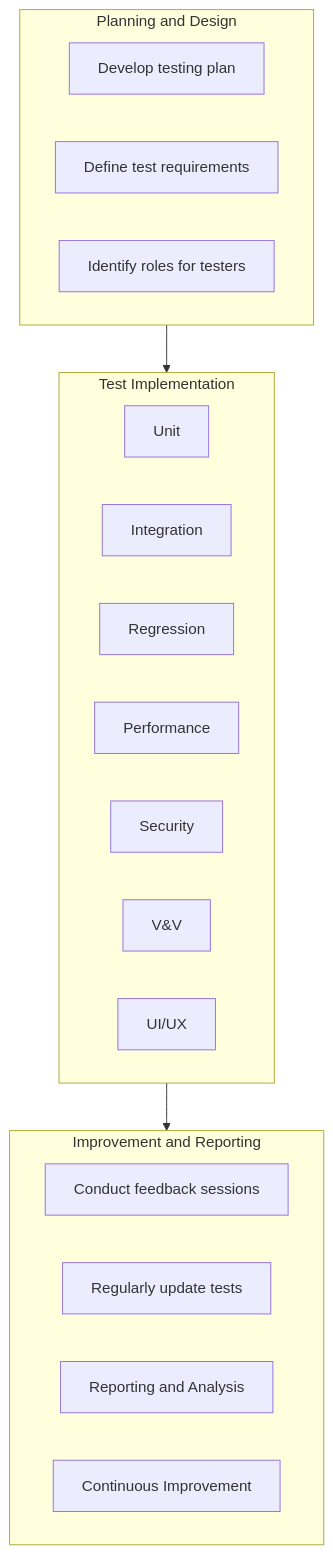
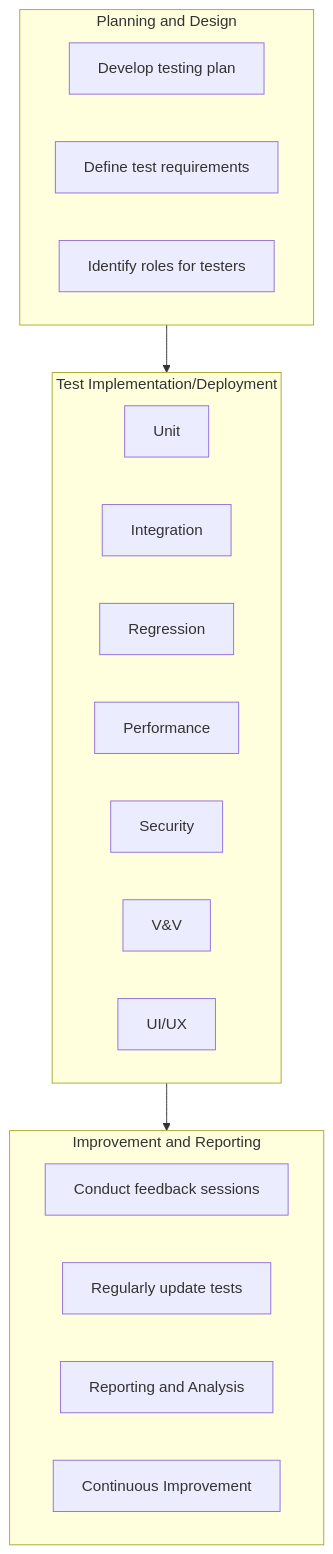
The diagram in docs/guides/software-lifecycle/continuous-testing/README.md (NASA-AMMOS/slim), drawn with Mermaid before and after one commit.

````diff
--- a/docs/guides/software-lifecycle/continuous-testing/README.md
+++ b/docs/guides/software-lifecycle/continuous-testing/README.md
@@ -31,33 +31,33 @@
 ```mermaid
 graph TD;
     A
     B
     C
     
     A --> B;
     B --> C;
 
     subgraph A[Planning and Design]
         D[Develop testing plan]
         F[Define test requirements]
         G[Identify roles for testers]
 
     end
    
-    subgraph B[Test Implementation]
+    subgraph B[Test Implementation/Deployment]
         I[Unit]
         J[Integration]
         K[Regression]
         L[Performance]
         M[Security]
         N[V&V]
         O[UI/UX]
     end
     
     subgraph C[Improvement and Reporting]
         P[Conduct feedback sessions]
         Q[Regularly update tests]
         R[Reporting and Analysis]
         S[Continuous Improvement]
     end
 ```
````
